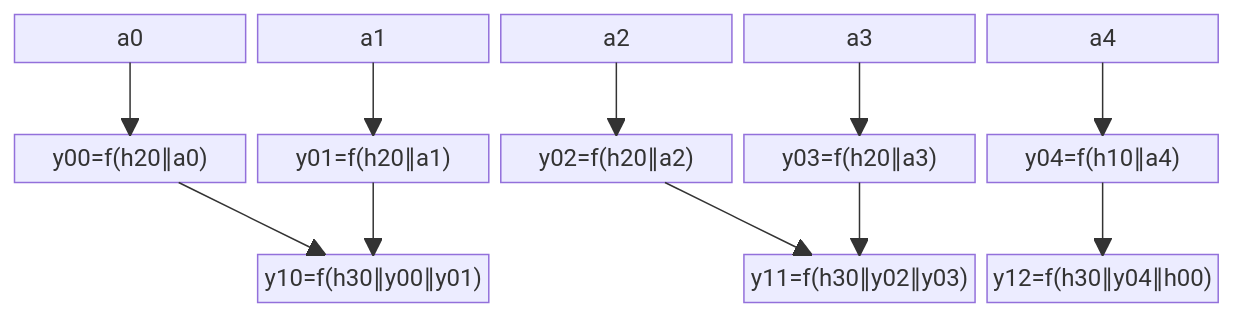
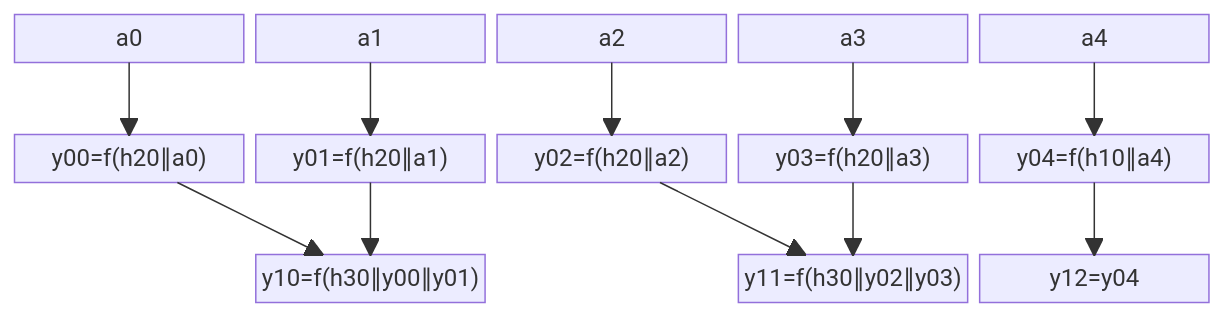
Before and after one commit to sergey-shandar/public: the second of 2 diagrams in notes/hash.md, drawn with Mermaid.

````diff
--- a/notes/hash.md
+++ b/notes/hash.md
@@ -75,19 +75,19 @@
 ```mermaid
 block-beta
   columns 5
   a0                   a1                        a2                   a3                        a4
   space:5
   y00["y00=f(h20∥a0)"] y01["y01=f(h20∥a1)"]      y02["y02=f(h20∥a2)"] y03["y03=f(h20∥a3)"]      y04["y04=f(h10∥a4)"]
   space:5
-  space                y10["y10=f(h30∥y00∥y01)"] space                y11["y11=f(h30∥y02∥y03)"] y12["y12=f(h30∥y04∥h00)"]             
+  space                y10["y10=f(h30∥y00∥y01)"] space                y11["y11=f(h30∥y02∥y03)"] y12["y12=y04"]             
   a0-->y00
   a1-->y01
   a2-->y02
   a3-->y03
   a4-->y04
   y00-->y10
   y01-->y10
   y02-->y11
   y03-->y11
   y04-->y12
 ```
````
